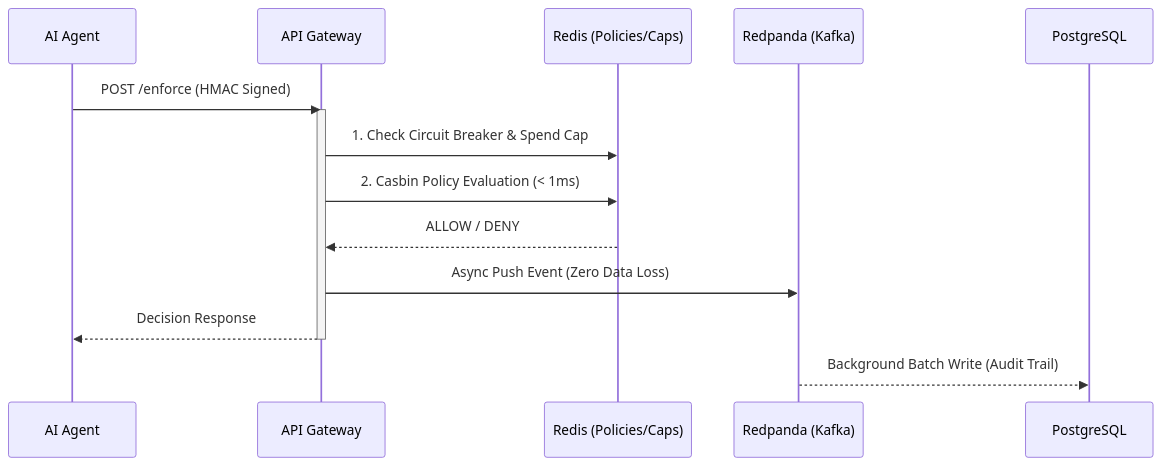
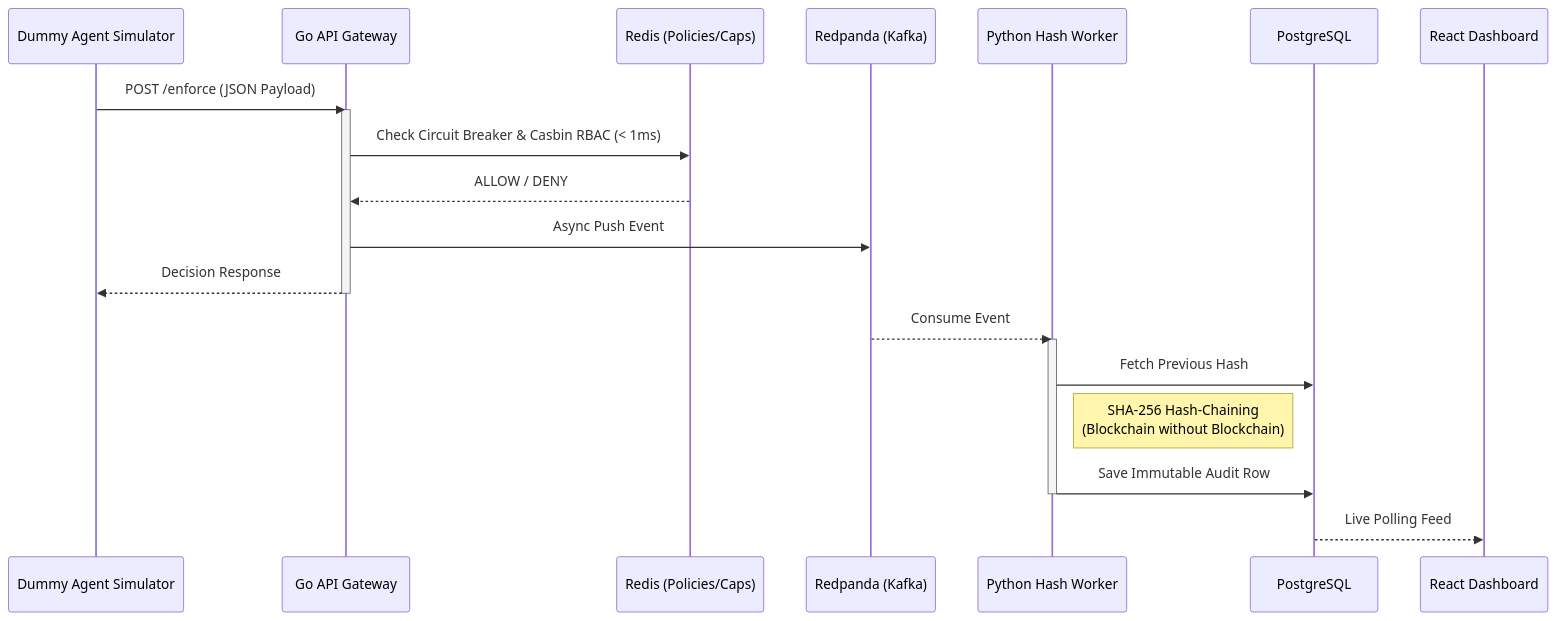
Before and after one commit to Ujjwal0207/sentinel: the diagram in README.md, drawn with Mermaid. The commit also changed other lines of this file, not shown here.

Commit message:
docs: update interactive architecture and polyglot details

````diff
--- a/README.md
+++ b/README.md
@@ -21,19 +26,27 @@
 ```mermaid
 sequenceDiagram
-    participant A as AI Agent
-    participant S as API Gateway
+    participant A as Dummy Agent Simulator
+    participant G as Go API Gateway
     participant R as Redis (Policies/Caps)
     participant RP as Redpanda (Kafka)
+    participant PW as Python Hash Worker
     participant DB as PostgreSQL
+    participant D as React Dashboard
     
-    A->>S: POST /enforce (HMAC Signed)
-    activate S
-    S->>R: 1. Check Circuit Breaker & Spend Cap
-    S->>R: 2. Casbin Policy Evaluation (< 1ms)
-    R-->>S: ALLOW / DENY
-    S->>RP: Async Push Event (Zero Data Loss)
-    S-->>A: Decision Response
-    deactivate S
+    A->>G: POST /enforce (JSON Payload)
+    activate G
+    G->>R: Check Circuit Breaker & Casbin RBAC (< 1ms)
+    R-->>G: ALLOW / DENY
+    G->>RP: Async Push Event
+    G-->>A: Decision Response
+    deactivate G
     
-    RP-->>DB: Background Batch Write (Audit Trail)
+    RP-->>PW: Consume Event
+    activate PW
+    PW->>DB: Fetch Previous Hash
+    Note right of PW: SHA-256 Hash-Chaining<br/>(Blockchain without Blockchain)
+    PW->>DB: Save Immutable Audit Row
+    deactivate PW
+    
+    DB-->>D: Live Polling Feed
 ```
````
